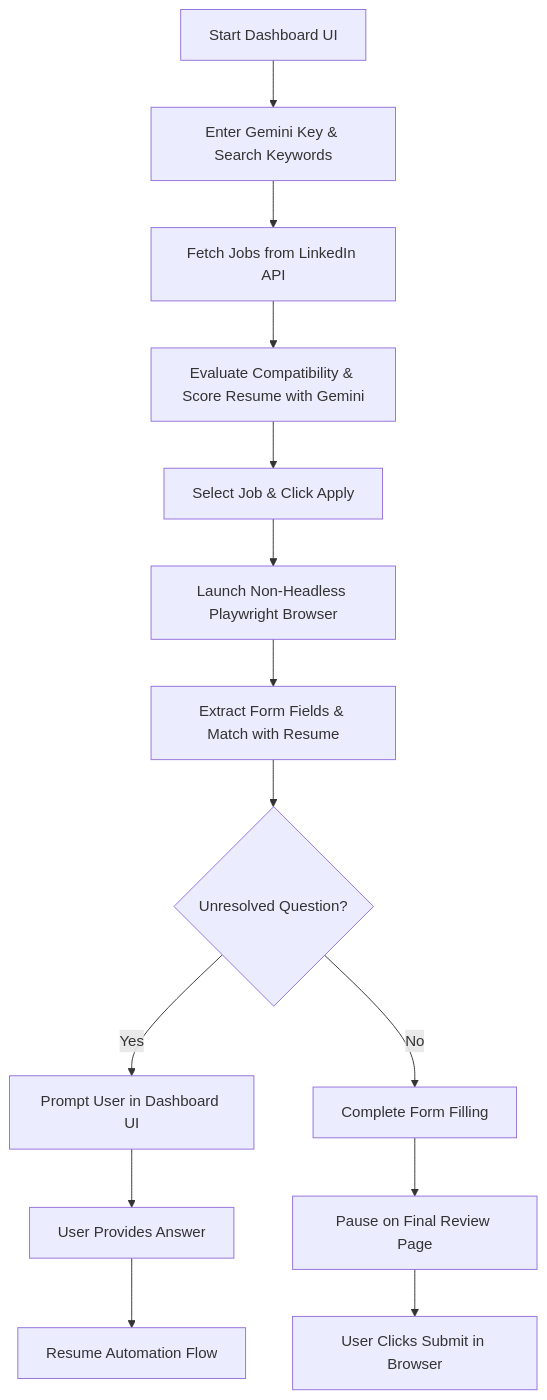
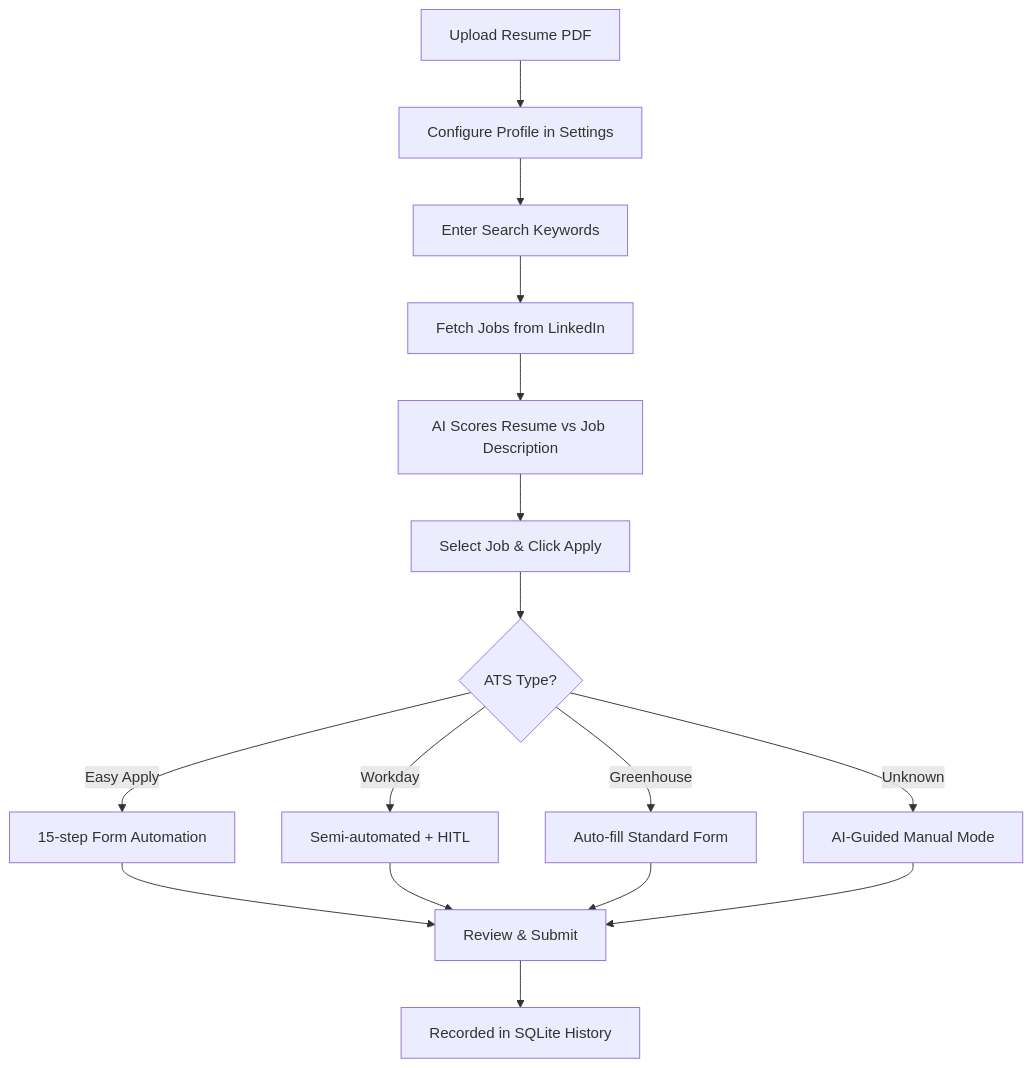
Before and after one commit to Saifulhuq01/linkedin-apply-nav: the diagram in README.md, drawn with Mermaid. The commit also changed other lines of this file and 27 other files, not shown here.

Commit message:
feat: complete v2 architecture redesign with modular ATS routing and sqlite persistence

````diff
--- a/README.md
+++ b/README.md
@@ -82,16 +106,18 @@
 ```mermaid
 graph TD
-    A[Start Dashboard UI] --> B[Enter Gemini Key & Search Keywords]
-    B --> C[Fetch Jobs from LinkedIn API]
-    C --> D[Evaluate Compatibility & Score Resume with Gemini]
-    D --> E[Select Job & Click Apply]
-    E --> F[Launch Non-Headless Playwright Browser]
-    F --> G[Extract Form Fields & Match with Resume]
-    G --> H{Unresolved Question?}
-    H -- Yes --> I[Prompt User in Dashboard UI]
-    I --> J[User Provides Answer]
-    J --> K[Resume Automation Flow]
-    H -- No --> L[Complete Form Filling]
-    L --> M[Pause on Final Review Page]
-    M --> N[User Clicks Submit in Browser]
+    A[Upload Resume PDF] --> B[Configure Profile in Settings]
+    B --> C[Enter Search Keywords]
+    C --> D[Fetch Jobs from LinkedIn]
+    D --> E[AI Scores Resume vs Job Description]
+    E --> F[Select Job & Click Apply]
+    F --> G{ATS Type?}
+    G -->|Easy Apply| H[15-step Form Automation]
+    G -->|Workday| I[Semi-automated + HITL]
+    G -->|Greenhouse| J[Auto-fill Standard Form]
+    G -->|Unknown| K[AI-Guided Manual Mode]
+    H --> L[Review & Submit]
+    I --> L
+    J --> L
+    K --> L
+    L --> M[Recorded in SQLite History]
 ```
````
